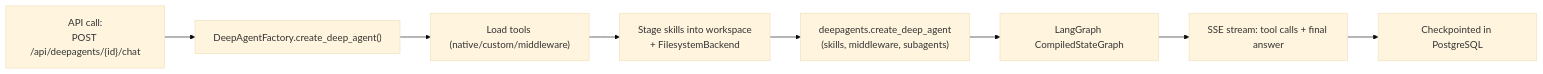
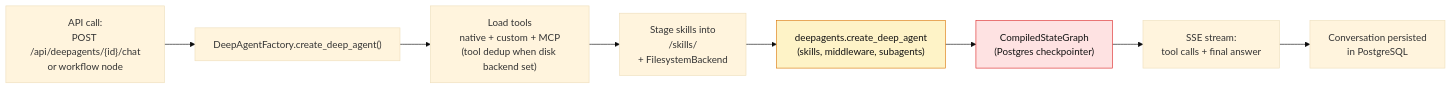
The fifth of 12 diagrams in docs/system-architecture.md (sailor723/langconfig), drawn with Mermaid (base theme) before and after one commit. The commit also changed other lines of this file, not shown here.

First line of the commit message:
docs: enrich system architecture 5x with layered walkthroughs and diagrams

````diff
--- a/docs/system-architecture.md
+++ b/docs/system-architecture.md
@@ -113,10 +390,13 @@
 ```mermaid
 flowchart LR
-    P1["API call:<br/>POST /api/deepagents/{id}/chat"] --> P2["DeepAgentFactory.create_deep_agent()"]
-    P2 --> P3["Load tools (native/custom/middleware)"]
-    P3 --> P4["Stage skills into workspace<br/>+ FilesystemBackend"]
+    P1["API call:<br/>POST /api/deepagents/{id}/chat<br/>or workflow node"] --> P2["DeepAgentFactory.create_deep_agent()"]
+    P2 --> P3["Load tools<br/>native + custom + MCP<br/>(tool dedup when disk backend set)"]
+    P3 --> P4["Stage skills into<br/><workspace>/skills/<br/>+ FilesystemBackend"]
     P4 --> P5["deepagents.create_deep_agent<br/>(skills, middleware, subagents)"]
-    P5 --> P6["LangGraph CompiledStateGraph"]
-    P6 --> P7["SSE stream: tool calls + final answer"]
-    P7 --> P8["Checkpointed in PostgreSQL"]
+    P5 --> P6["CompiledStateGraph<br/>(Postgres checkpointer)"]
+    P6 --> P7["SSE stream:<br/>tool calls + final answer"]
+    P7 --> P8["Conversation persisted<br/>in PostgreSQL"]
+
+    style P5 fill:#fef3c7,stroke:#d97706,color:#111
+    style P6 fill:#fee2e2,stroke:#dc2626,color:#111
 ```
````
